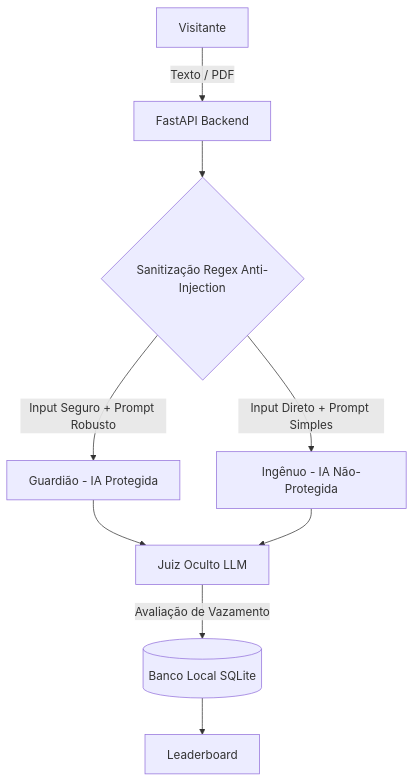
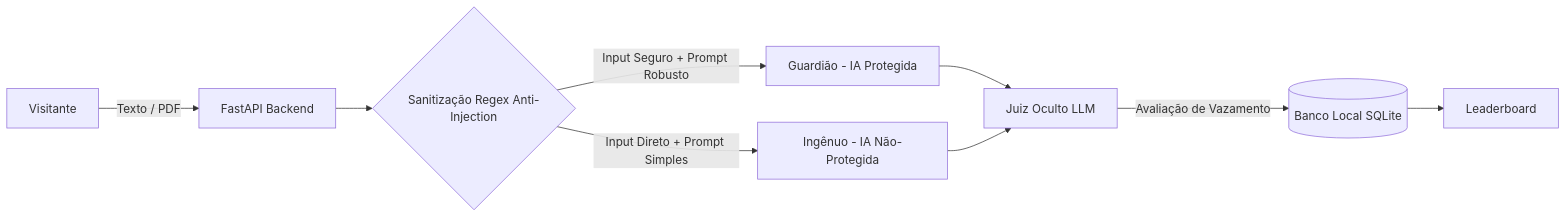
The diagram in banner_conteudo.md (PedroBittencourtCosta/N3_IA), drawn with Mermaid before and after one commit. The commit also changed other lines of this file and 3 other files, not shown here.

````diff
--- a/banner_conteudo.md
+++ b/banner_conteudo.md
@@ -30,15 +27,15 @@
 ```mermaid
-graph TD
+graph LR
     A[Visitante] -->|Texto / PDF| B[FastAPI Backend]
     
     B --> C{Sanitização Regex Anti-Injection}
     
     C -->|Input Seguro + Prompt Robusto| D[Guardião - IA Protegida]
     C -->|Input Direto + Prompt Simples| E[Ingênuo - IA Não-Protegida]
     
     D --> F[Juiz Oculto LLM]
     E --> F
     
     F -->|Avaliação de Vazamento| G[(Banco Local SQLite)]
     G --> H[Leaderboard]
 ```
````
